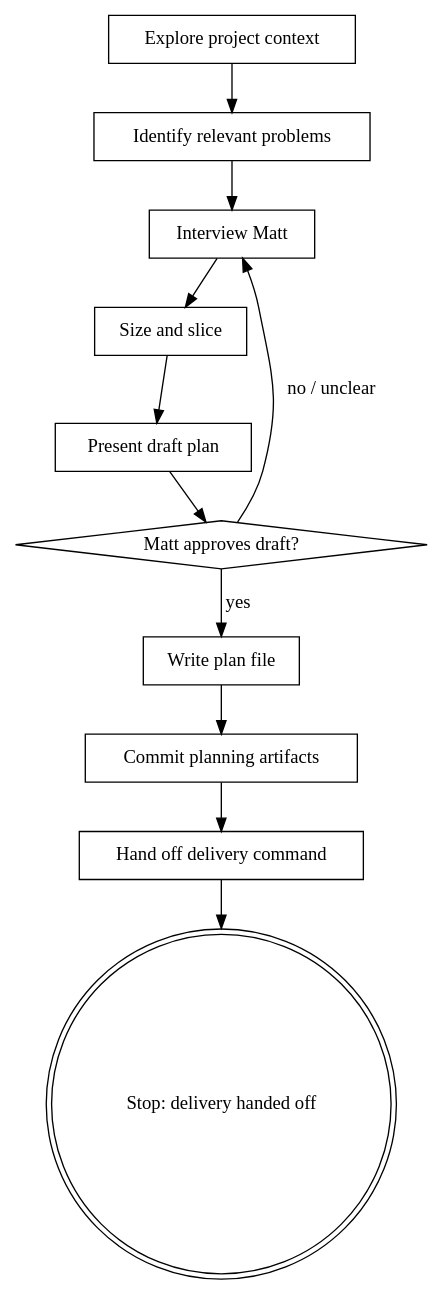
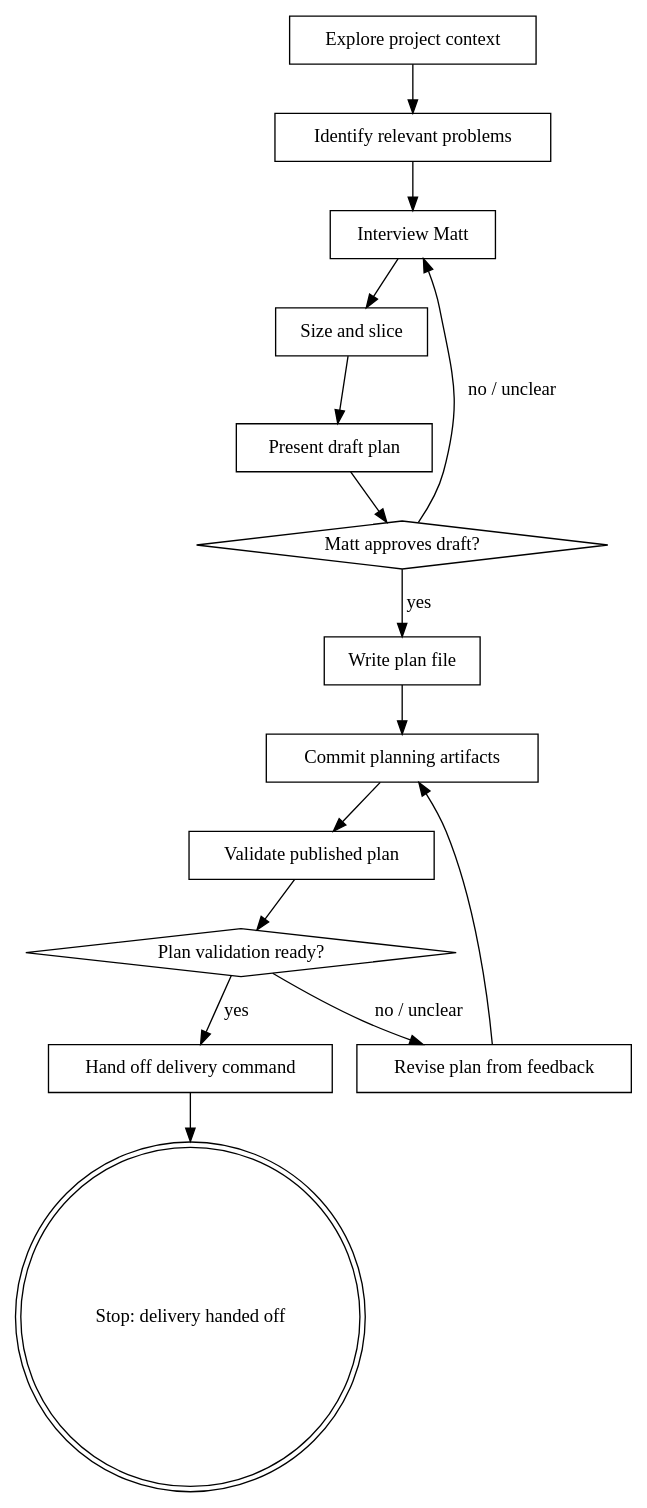
Before and after one commit to mattwynne/memba: the diagram in .pi/skills/iteration-planning/SKILL.md, drawn with Graphviz. The commit also changed other lines of this file and 1 other file, not shown here.

Commit message:
kaizen: require planning validation before handoff

````diff
--- a/.pi/skills/iteration-planning/SKILL.md
+++ b/.pi/skills/iteration-planning/SKILL.md
@@ -35,25 +39,32 @@
 ```dot
 digraph iteration_planning {
     "Explore project context" [shape=box];
     "Identify relevant problems" [shape=box];
     "Interview Matt" [shape=box];
     "Size and slice" [shape=box];
     "Present draft plan" [shape=box];
     "Matt approves draft?" [shape=diamond];
     "Write plan file" [shape=box];
     "Commit planning artifacts" [shape=box];
+    "Validate published plan" [shape=box];
+    "Plan validation ready?" [shape=diamond];
+    "Revise plan from feedback" [shape=box];
     "Hand off delivery command" [shape=box];
     "Stop: delivery handed off" [shape=doublecircle];
 
     "Explore project context" -> "Identify relevant problems";
     "Identify relevant problems" -> "Interview Matt";
     "Interview Matt" -> "Size and slice";
     "Size and slice" -> "Present draft plan";
     "Present draft plan" -> "Matt approves draft?";
     "Matt approves draft?" -> "Interview Matt" [label="no / unclear"];
     "Matt approves draft?" -> "Write plan file" [label="yes"];
     "Write plan file" -> "Commit planning artifacts";
-    "Commit planning artifacts" -> "Hand off delivery command";
+    "Commit planning artifacts" -> "Validate published plan";
+    "Validate published plan" -> "Plan validation ready?";
+    "Plan validation ready?" -> "Revise plan from feedback" [label="no / unclear"];
+    "Revise plan from feedback" -> "Commit planning artifacts";
+    "Plan validation ready?" -> "Hand off delivery command" [label="yes"];
     "Hand off delivery command" -> "Stop: delivery handed off";
 }
 ```
````
